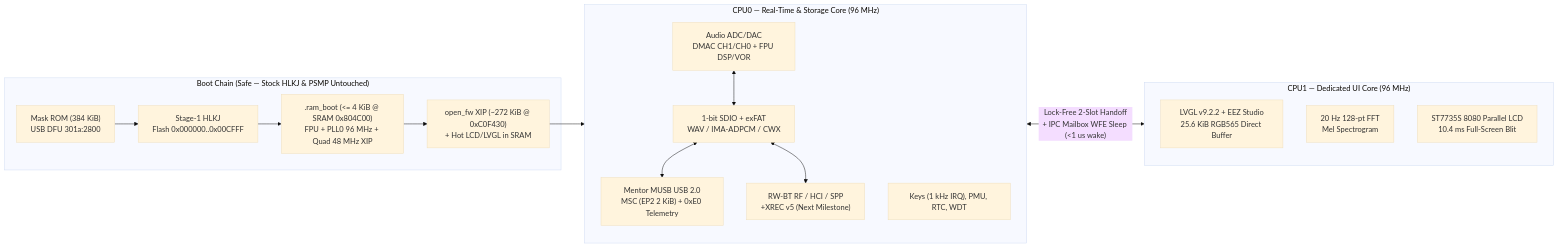
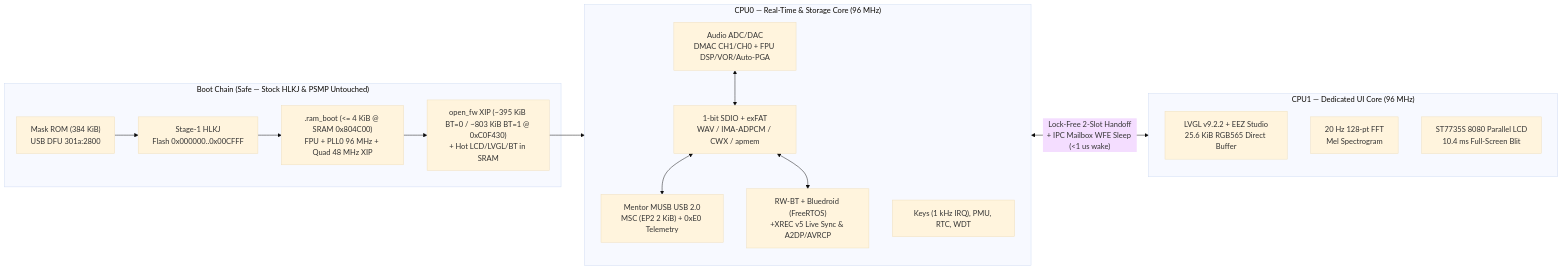
Before and after one commit to silviot/voice-recorder-hw-bt-usb: the diagram in README.md, drawn with Mermaid (base theme). The commit also changed other lines of this file and 54 other files, not shown here.

````diff
--- a/README.md
+++ b/README.md
@@ -65,28 +65,28 @@
 ```mermaid
 flowchart LR
     subgraph BOOT["Boot Chain (Safe — Stock HLKJ & PSMP Untouched)"]
         ROM["Mask ROM (384 KiB)<br/>USB DFU 301a:2800"] --> HLKJ["Stage-1 HLKJ<br/>Flash 0x000000..0x00CFFF"]
         HLKJ --> RAMBOOT[".ram_boot (<= 4 KiB @ SRAM 0x804C00)<br/>FPU + PLL0 96 MHz + Quad 48 MHz XIP"]
-        RAMBOOT --> XIP["open_fw XIP (~272 KiB @ 0xC0F430)<br/>+ Hot LCD/LVGL in SRAM"]
+        RAMBOOT --> XIP["open_fw XIP (~395 KiB BT=0 / ~803 KiB BT=1 @ 0xC0F430)<br/>+ Hot LCD/LVGL/BT in SRAM"]
     end
 
     subgraph CPU0["CPU0 — Real-Time & Storage Core (96 MHz)"]
-        AUDIO["Audio ADC/DAC<br/>DMAC CH1/CH0 + FPU DSP/VOR"]
-        FS["1-bit SDIO + exFAT<br/>WAV / IMA-ADPCM / CWX"]
+        AUDIO["Audio ADC/DAC<br/>DMAC CH1/CH0 + FPU DSP/VOR/Auto-PGA"]
+        FS["1-bit SDIO + exFAT<br/>WAV / IMA-ADPCM / CWX / apmem"]
         USB["Mentor MUSB USB 2.0<br/>MSC (EP2 2 KiB) + 0xE0 Telemetry"]
-        BT["RW-BT RF / HCI / SPP<br/>+XREC v5 (Next Milestone)"]
+        BT["RW-BT + Bluedroid (FreeRTOS)<br/>+XREC v5 Live Sync & A2DP/AVRCP"]
         SYS["Keys (1 kHz IRQ), PMU, RTC, WDT"]
     end
 
     subgraph CPU1["CPU1 — Dedicated UI Core (96 MHz)"]
         LVGL["LVGL v9.2.2 + EEZ Studio<br/>25.6 KiB RGB565 Direct Buffer"]
         FFT["20 Hz 128-pt FFT<br/>Mel Spectrogram"]
         LCD["ST7735S 8080 Parallel LCD<br/>10.4 ms Full-Screen Blit"]
     end
 
     XIP --> CPU0
     CPU0 <-->|"Lock-Free 2-Slot Handoff<br/>+ IPC Mailbox WFE Sleep (<1 us wake)"| CPU1
     AUDIO <--> FS
     FS <--> USB
     FS <--> BT
 ```
````
